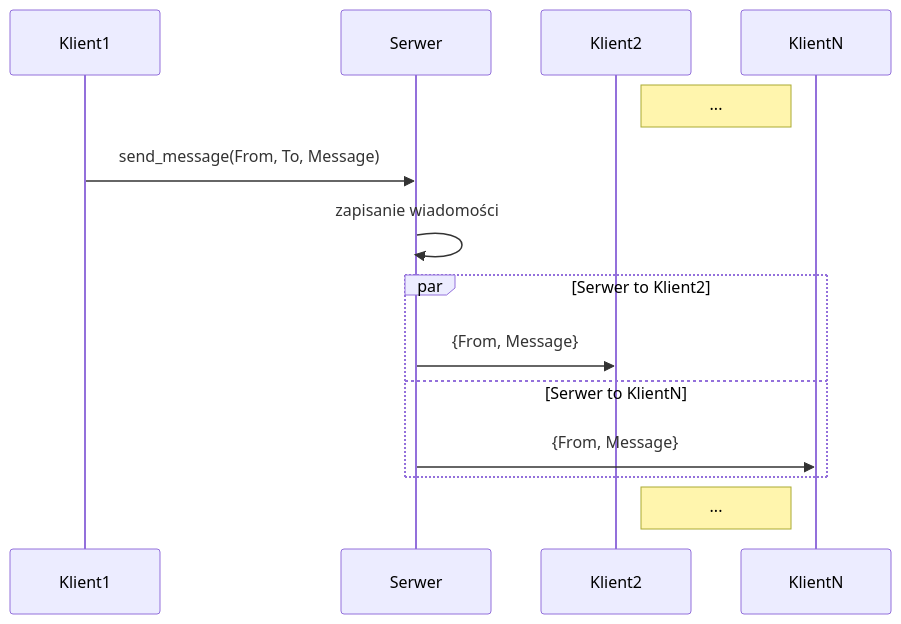
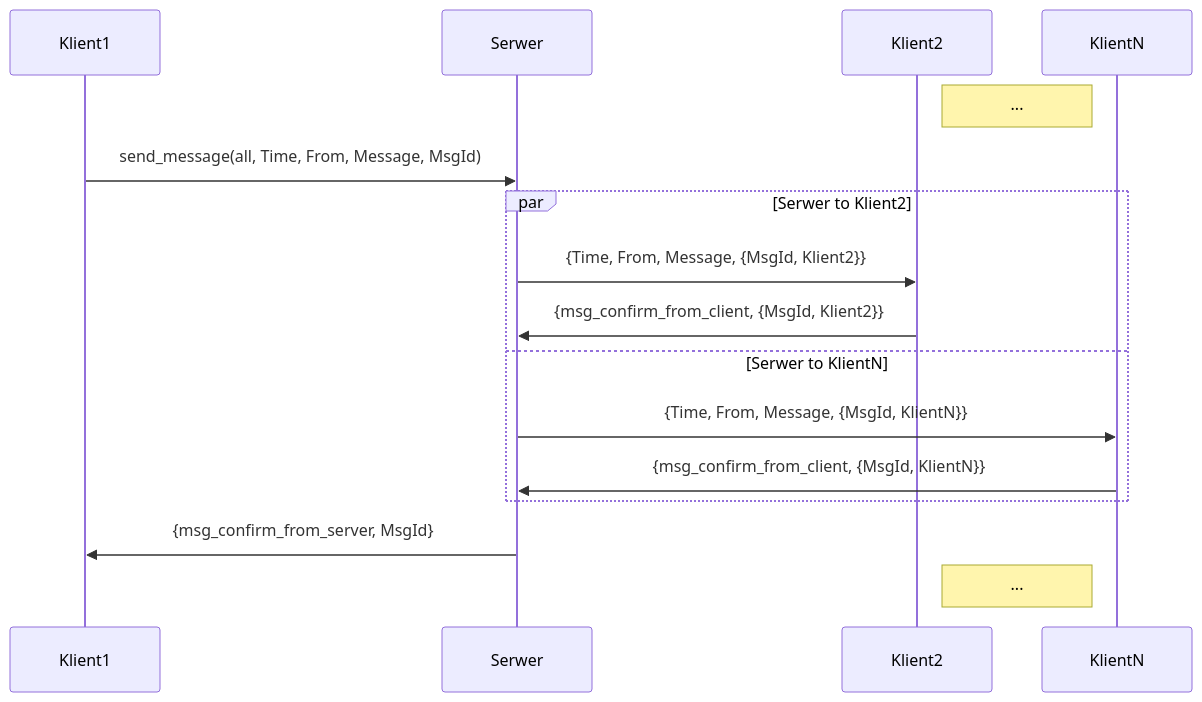
One commit to ZbiStr/communicator changed the third of 7 diagrams in doc/protocol.md. Above: the diagram before and after it, drawn with Mermaid. The commit also changed other lines of this file, not shown here.

````diff
--- a/doc/protocol.md
+++ b/doc/protocol.md
@@ -45,14 +43,16 @@
 ```mermaid
 sequenceDiagram
 participant Klient1
 participant Serwer
 note right of Klient2: ...
-Klient1 ->> Serwer: send_message(From, To, Message)
-Serwer ->> Serwer: zapisanie wiadomości
+Klient1 ->> Serwer: send_message(all, Time, From, Message, MsgId)
 par Serwer to Klient2
-Serwer->> Klient2: {From, Message}
+Serwer->> Klient2: {Time, From, Message, {MsgId, Klient2}}
+Klient2 ->> Serwer: {msg_confirm_from_client, {MsgId, Klient2}}
 and Serwer to KlientN
-Serwer->>KlientN: {From, Message}
+Serwer->>KlientN: {Time, From, Message, {MsgId, KlientN}}
+KlientN ->> Serwer: {msg_confirm_from_client, {MsgId, KlientN}}
 end
+Serwer ->> Klient1: {msg_confirm_from_server, MsgId}
 note right of Klient2: ...
 ```
````
